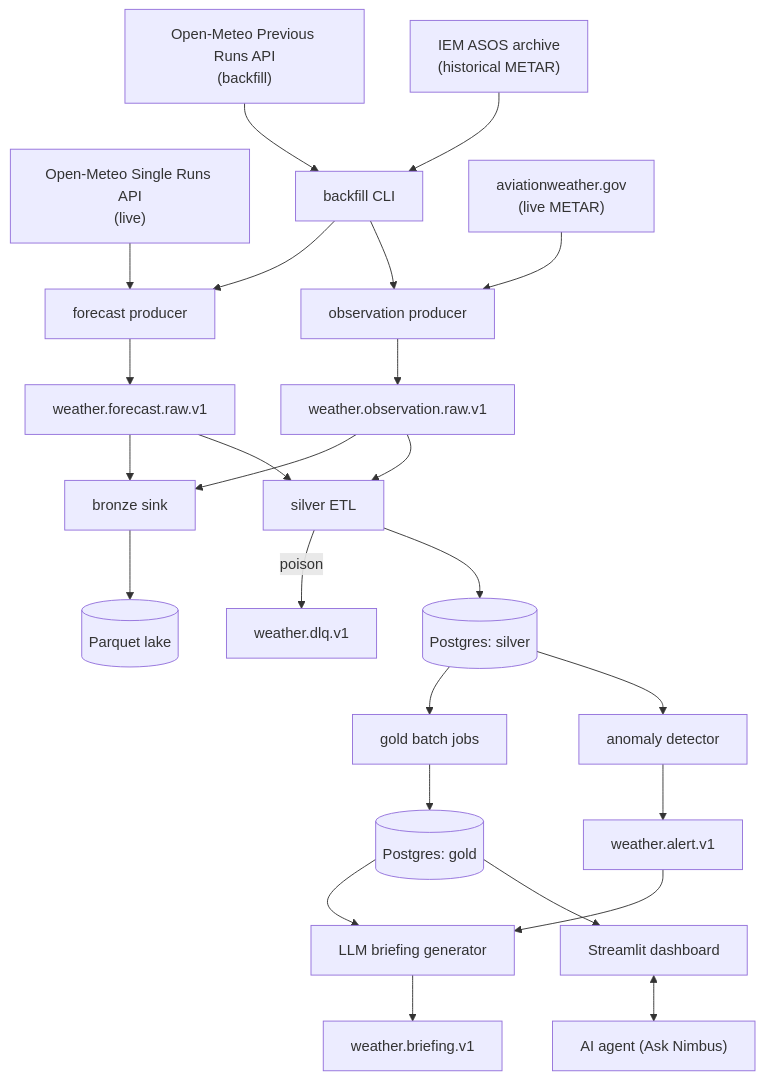
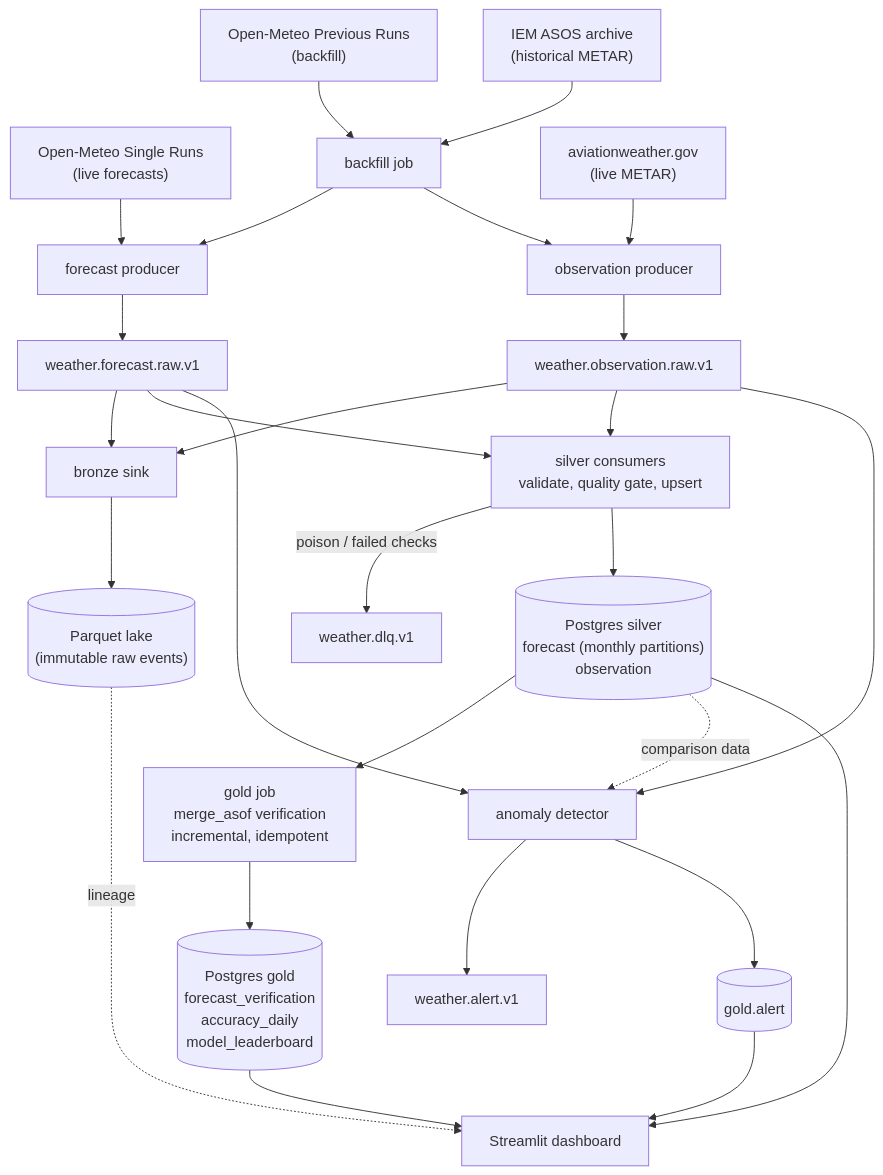
The diagram in README.md (AsilKhan619/Weather-app), drawn with Mermaid before and after one commit. The commit also changed other lines of this file, not shown here.

````diff
--- a/README.md
+++ b/README.md
@@ -13,28 +29,35 @@
 ```mermaid
 flowchart TB
-    OM_LIVE["Open-Meteo Single Runs API<br/>(live)"] --> FP[forecast producer]
-    OM_BACK["Open-Meteo Previous Runs API<br/>(backfill)"] --> BACKFILL[backfill CLI]
+    OM_LIVE["Open-Meteo Single Runs<br/>(live forecasts)"] --> FP[forecast producer]
+    OM_BACK["Open-Meteo Previous Runs<br/>(backfill)"] --> BACKFILL[backfill job]
     METAR_LIVE["aviationweather.gov<br/>(live METAR)"] --> OP[observation producer]
     METAR_BACK["IEM ASOS archive<br/>(historical METAR)"] --> BACKFILL
     BACKFILL --> FP
     BACKFILL --> OP
 
     FP --> T1["weather.forecast.raw.v1"]
     OP --> T2["weather.observation.raw.v1"]
 
     T1 --> BRONZE[bronze sink]
-    T1 --> SILVER[silver ETL]
     T2 --> BRONZE
+    BRONZE --> LAKE[("Parquet lake<br/>(immutable raw events)")]
+
+    T1 --> SILVER["silver consumers<br/>validate, quality gate, upsert"]
     T2 --> SILVER
+    SILVER -->|poison / failed checks| DLQ[weather.dlq.v1]
+    SILVER --> PG_SILVER[("Postgres silver<br/>forecast (monthly partitions)<br/>observation")]
 
-    SILVER -->|poison| DLQ[weather.dlq.v1]
-    BRONZE --> LAKE[("Parquet lake")]
-    SILVER --> PG_SILVER[("Postgres: silver")]
-    PG_SILVER --> GOLD[gold batch jobs]
-    GOLD --> PG_GOLD[("Postgres: gold")]
-    PG_SILVER --> ANOM[anomaly detector] --> T3[weather.alert.v1]
-    T3 --> LLM[LLM briefing generator]
-    PG_GOLD --> LLM --> T4[weather.briefing.v1]
+    PG_SILVER --> GOLD["gold job<br/>merge_asof verification<br/>incremental, idempotent"]
+    GOLD --> PG_GOLD[("Postgres gold<br/>forecast_verification<br/>accuracy_daily<br/>model_leaderboard")]
+
+    T1 --> DET[anomaly detector]
+    T2 --> DET
+    PG_SILVER -.->|comparison data| DET
+    DET --> T3[weather.alert.v1]
+    DET --> PG_ALERT[("gold.alert")]
+
     PG_GOLD --> DASH[Streamlit dashboard]
-    DASH <--> AGENT["AI agent (Ask Nimbus)"]
+    PG_ALERT --> DASH
+    PG_SILVER --> DASH
+    LAKE -.->|lineage| DASH
 ```
````
